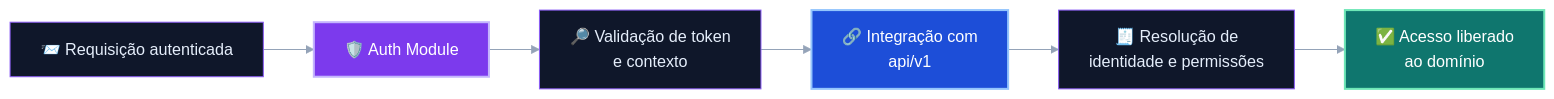
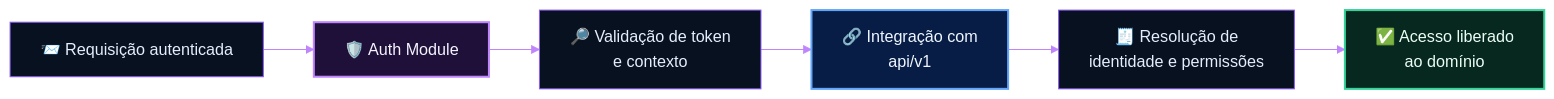
Before and after one commit to matheusdiamantino-betalent/IA: the third of 9 diagrams in README.md, drawn with Mermaid. The commit also changed other lines of this file, not shown here.

````diff
--- a/README.md
+++ b/README.md
@@ -551,26 +576,26 @@
 ```mermaid
-%%{init: {
-  "theme": "base",
-  "themeVariables": {
-    "background": "#07111d",
-    "primaryColor": "#0f172a",
-    "primaryTextColor": "#e5eefb",
-    "primaryBorderColor": "#8b5cf6",
-    "secondaryColor": "#111827",
-    "secondaryTextColor": "#e5eefb",
-    "tertiaryColor": "#0b1220",
-    "tertiaryTextColor": "#e5eefb",
-    "lineColor": "#94a3b8"
-  }
-}}%%
+%%{init: {'theme':'base','themeVariables': {
+  'background':'#020617',
+  'primaryColor':'#081120',
+  'primaryTextColor':'#e5eefb',
+  'primaryBorderColor':'#8b5cf6',
+  'lineColor':'#c084fc',
+  'secondaryColor':'#0b1220',
+  'secondaryTextColor':'#e5eefb',
+  'tertiaryColor':'#111827',
+  'tertiaryTextColor':'#e5eefb',
+  'clusterBkg':'#040816',
+  'clusterBorder':'#22d3ee',
+  'fontFamily':'Inter, Segoe UI, Arial'
+}}}%%
 flowchart LR
     A["📨 Requisição autenticada"] --> B["🛡️ Auth Module"]
-    B --> C["🔎 Validação de token\ne contexto"]
-    C --> D["🔗 Integração com\napi/v1"]
-    D --> E["🧾 Resolução de\nidentidade e permissões"]
-    E --> F["✅ Acesso liberado\nao domínio"]
+    B --> C["🔎 Validação de token<br/>e contexto"]
+    C --> D["🔗 Integração com<br/>api/v1"]
+    D --> E["🧾 Resolução de<br/>identidade e permissões"]
+    E --> F["✅ Acesso liberado<br/>ao domínio"]
 
-    style B fill:#7c3aed,stroke:#c4b5fd,stroke-width:2px,color:#ffffff
-    style D fill:#1d4ed8,stroke:#93c5fd,stroke-width:2px,color:#ffffff
-    style F fill:#0f766e,stroke:#6ee7b7,stroke-width:2px,color:#ffffff
+    style B fill:#1e1038,stroke:#c084fc,stroke-width:2px,color:#f5f3ff
+    style D fill:#081d46,stroke:#60a5fa,stroke-width:2px,color:#eff6ff
+    style F fill:#06281f,stroke:#34d399,stroke-width:2px,color:#ecfdf5
 ```
````
